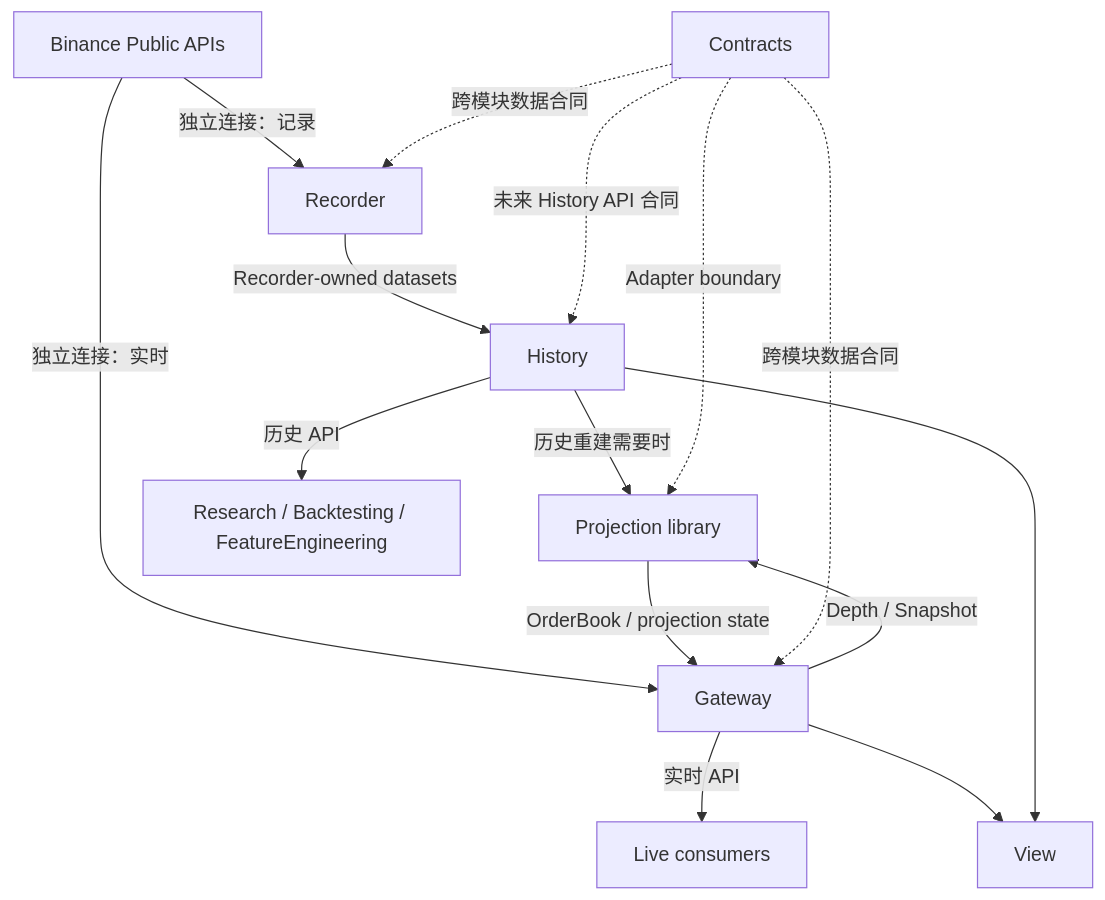
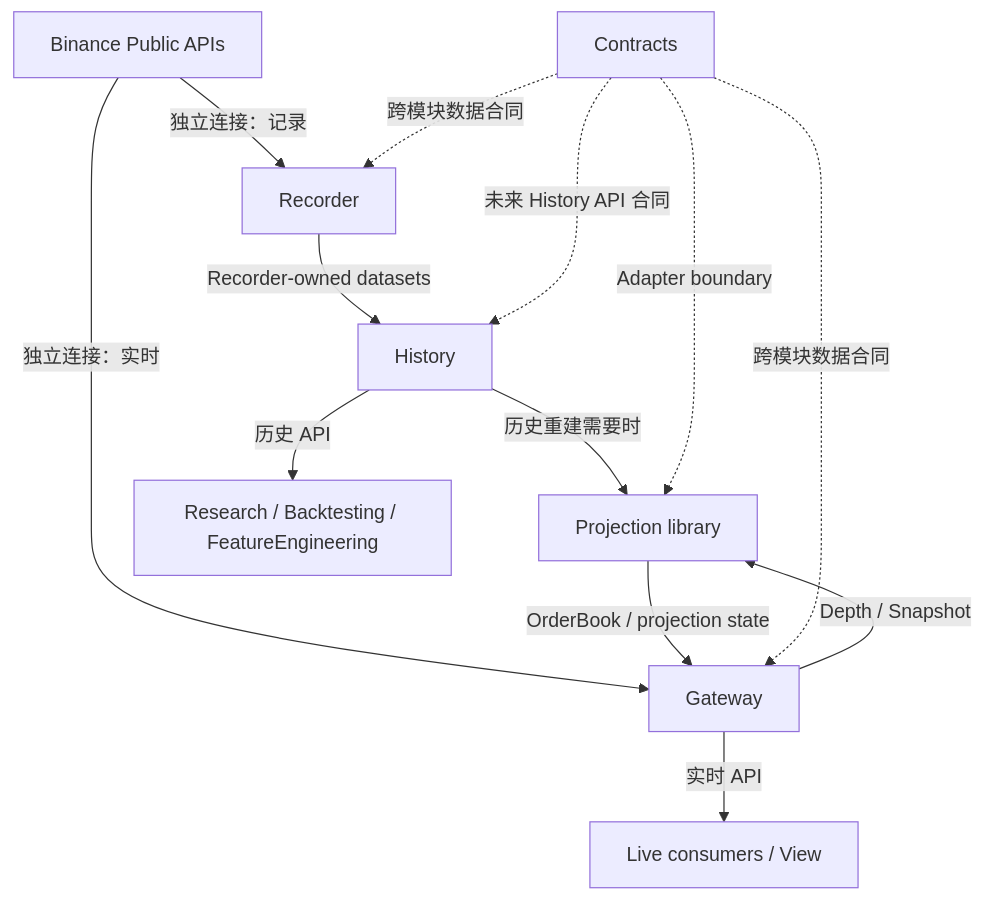
Before and after one commit to tomohikoAmada/BinanceMarketDataContracts: the diagram in BinanceMarketData_Living_Architecture.md, drawn with Mermaid. The commit also changed other lines of this file and 26 other files, not shown here.

````diff
--- a/BinanceMarketData_Living_Architecture.md
+++ b/BinanceMarketData_Living_Architecture.md
@@ -62,24 +46,16 @@
 ```mermaid
 flowchart TB
     B[Binance Public APIs]
-
     B -->|独立连接：记录| R[Recorder]
     B -->|独立连接：实时| G[Gateway]
-
     G -->|Depth / Snapshot| P[Projection library]
     P -->|OrderBook / projection state| G
-
     R -->|Recorder-owned datasets| H[History]
     H -->|历史重建需要时| P
-
-    G -->|实时 API| LC[Live consumers]
+    G -->|实时 API| LC[Live consumers / View]
     H -->|历史 API| HC[Research / Backtesting / FeatureEngineering]
-
-    G --> V[View]
-    H --> V
-
     C[Contracts] -.跨模块数据合同.-> R
     C -.跨模块数据合同.-> G
     C -.Adapter boundary.-> P
     C -.未来 History API 合同.-> H
 ```
````
